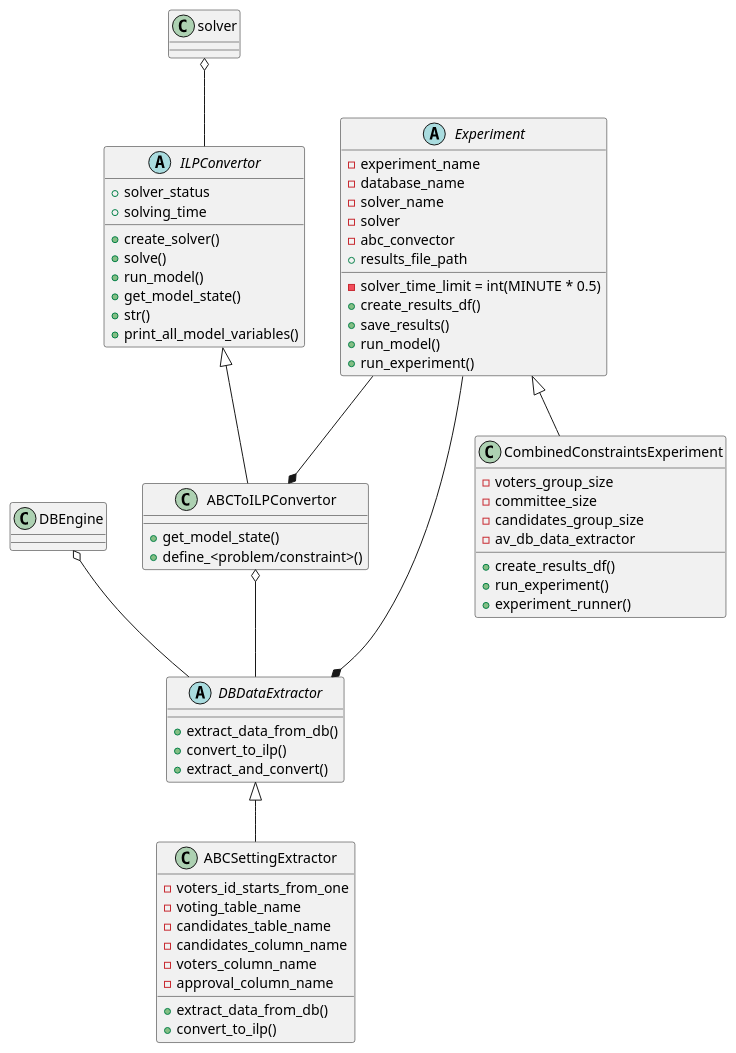
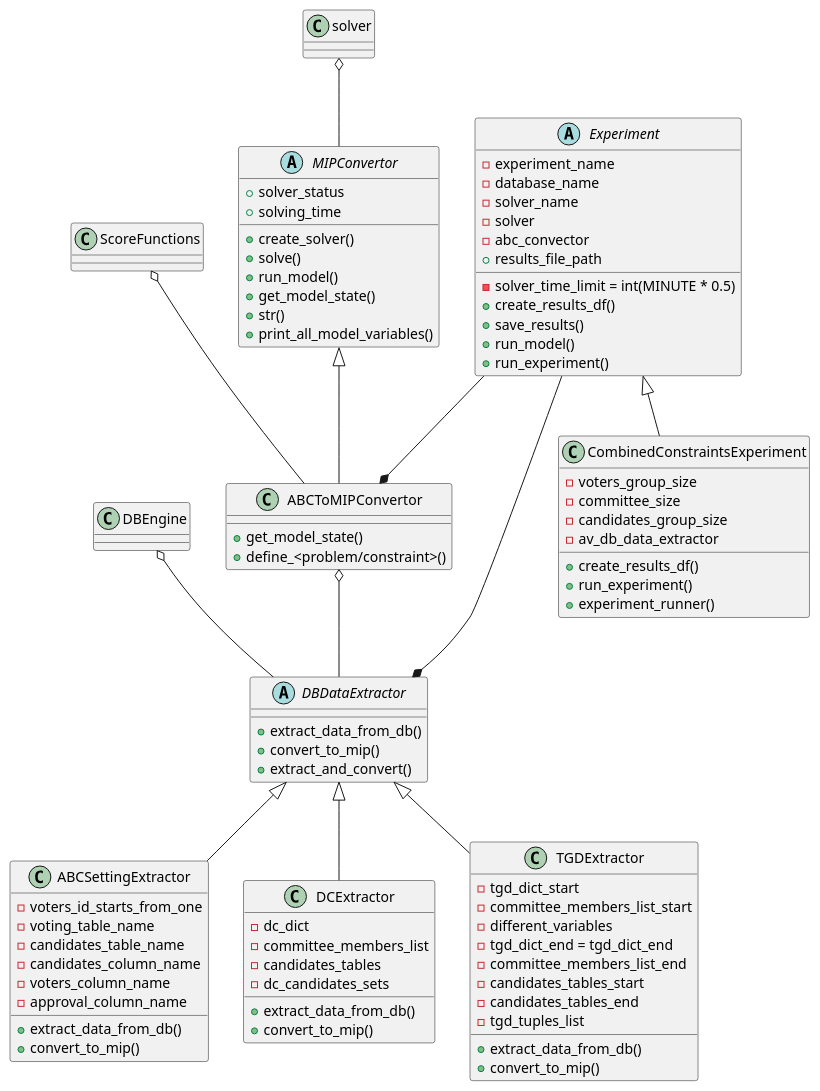
Before and after one commit to Roi-Yona/abcc: the diagram in project_design.puml, drawn with PlantUML. The commit also changed 166 other files, not shown here.

```diff
--- a/project_design.puml
+++ b/project_design.puml
@@ -1,71 +1,98 @@
 @startuml
 
-abstract class ILPConvertor {
+abstract class MIPConvertor {
     +solver_status
     +solving_time
 
     +create_solver()
     +solve()
     +run_model()
     +get_model_state()
     +str()
     +print_all_model_variables()
 }
-solver o-- ILPConvertor
+solver o-- MIPConvertor
 
-class ABCToILPConvertor{
+class ABCToMIPConvertor{
    +get_model_state()
    +define_<problem/constraint>()
 }
-ILPConvertor <|-- ABCToILPConvertor
+MIPConvertor <|-- ABCToMIPConvertor
+ScoreFunctions o-- ABCToMIPConvertor
 
 abstract class DBDataExtractor{
     +extract_data_from_db()
-    +convert_to_ilp()
+    +convert_to_mip()
     +extract_and_convert()
 }
-ABCToILPConvertor o-- DBDataExtractor
+ABCToMIPConvertor o-- DBDataExtractor
 DBEngine o-- DBDataExtractor
 
 class ABCSettingExtractor{
     -voters_id_starts_from_one
     -voting_table_name
     -candidates_table_name
     -candidates_column_name
     -voters_column_name
     -approval_column_name
 
     +extract_data_from_db()
-    +convert_to_ilp()
+    +convert_to_mip()
 }
 DBDataExtractor <|-- ABCSettingExtractor
+
+class DCExtractor{
+    -dc_dict
+    -committee_members_list
+    -candidates_tables
+    -dc_candidates_sets
+
+    +extract_data_from_db()
+    +convert_to_mip()
+}
+DBDataExtractor <|-- DCExtractor
+
+class TGDExtractor{
+    -tgd_dict_start
+    -committee_members_list_start
+    -different_variables
+    -tgd_dict_end = tgd_dict_end
+    -committee_members_list_end
+    -candidates_tables_start
+    -candidates_tables_end
+    -tgd_tuples_list
+
+    +extract_data_from_db()
+    +convert_to_mip()
+}
+DBDataExtractor <|-- TGDExtractor
 
 abstract class Experiment{
     -experiment_name
     -database_name
     -solver_time_limit = int(MINUTE * 0.5)
     -solver_name
     -solver
     -abc_convector
     +results_file_path
 
     +create_results_df()
     +save_results()
     +run_model()
     +run_experiment()
 }
-Experiment --* ABCToILPConvertor
+Experiment --* ABCToMIPConvertor
 Experiment --* DBDataExtractor
 
 class CombinedConstraintsExperiment{
     -voters_group_size
     -committee_size
     -candidates_group_size
     -av_db_data_extractor
     +create_results_df()
     +run_experiment()
     +experiment_runner()
 }
 Experiment <|-- CombinedConstraintsExperiment
 
 @enduml
```
